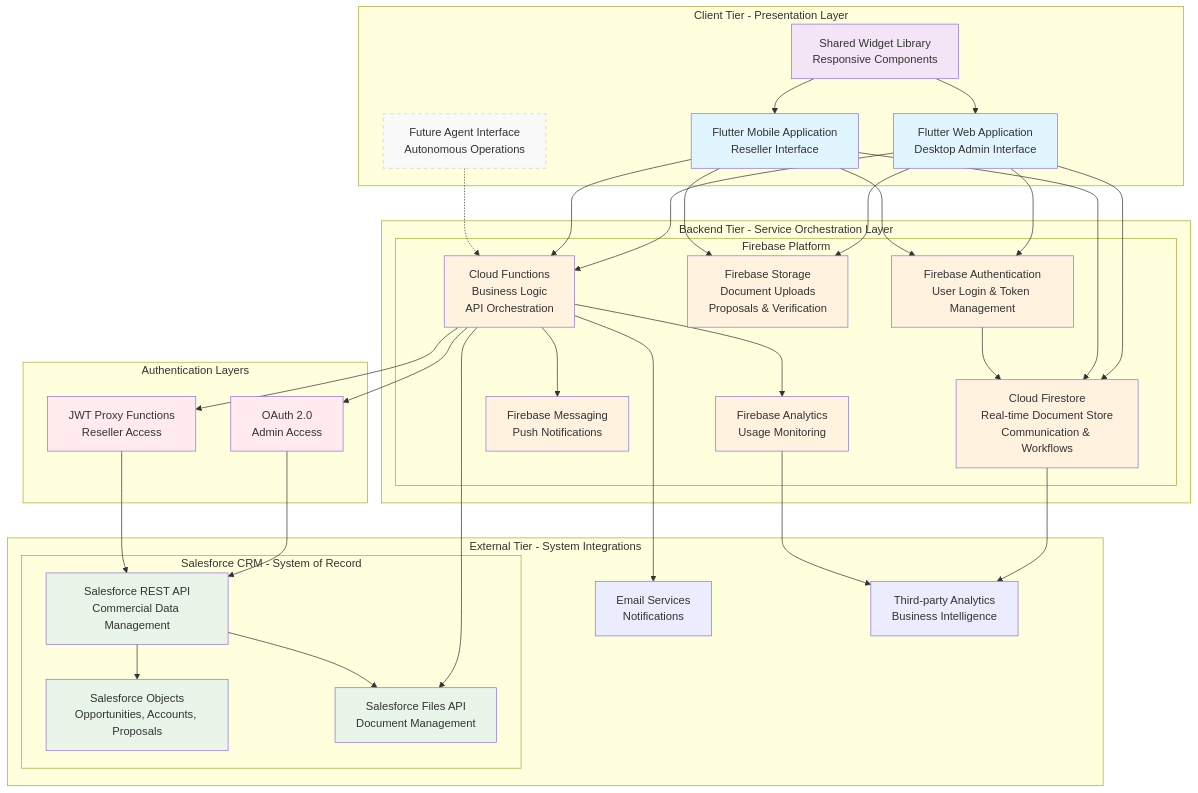
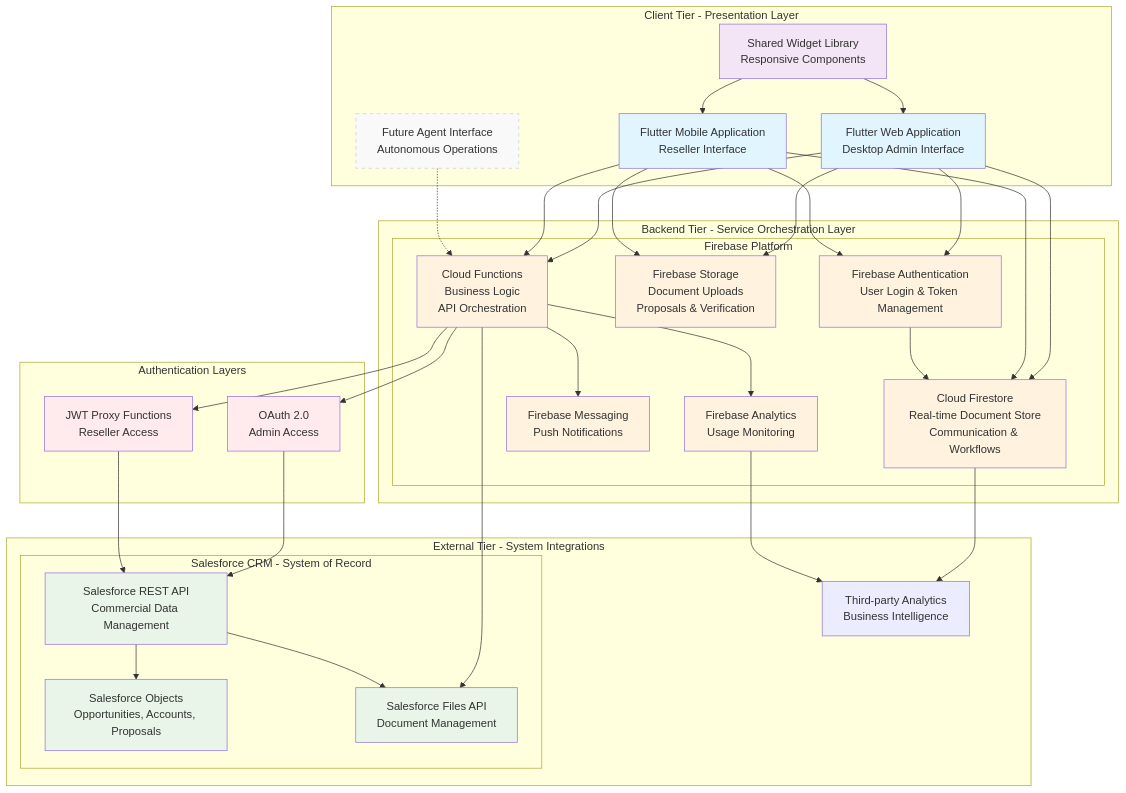
The diagram in docs/twogether_architecture_diagram.md (rodrigocastrolima/twogetherapp), drawn with Mermaid before and after one commit.

Commit message:
diagram v2

```diff
--- a/docs/twogether_architecture_diagram.md
+++ b/docs/twogether_architecture_diagram.md
@@ -29,8 +29,7 @@
             M[Salesforce Files API<br/>Document Management]
         end
         
-        N[Email Services<br/>Notifications]
-        O[Third-party Analytics<br/>Business Intelligence]
+        N[Third-party Analytics<br/>Business Intelligence]
     end
     
     subgraph "Authentication Layers"
@@ -62,15 +61,13 @@
     P --> K
     Q --> K
     H --> M
-    H --> N
-    
     %% Salesforce Internal
     K --> L
     K --> M
     
     %% Analytics Flow
-    F --> O
-    J --> O
+    F --> N
+    J --> N
     
     %% Styling
     style A fill:#e1f5fe
```
